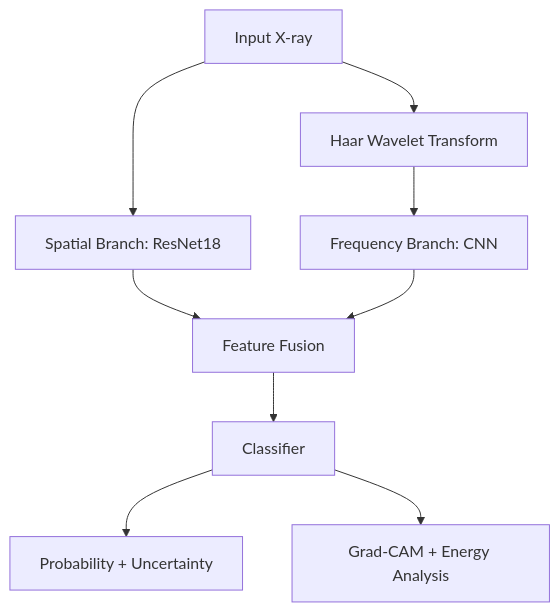
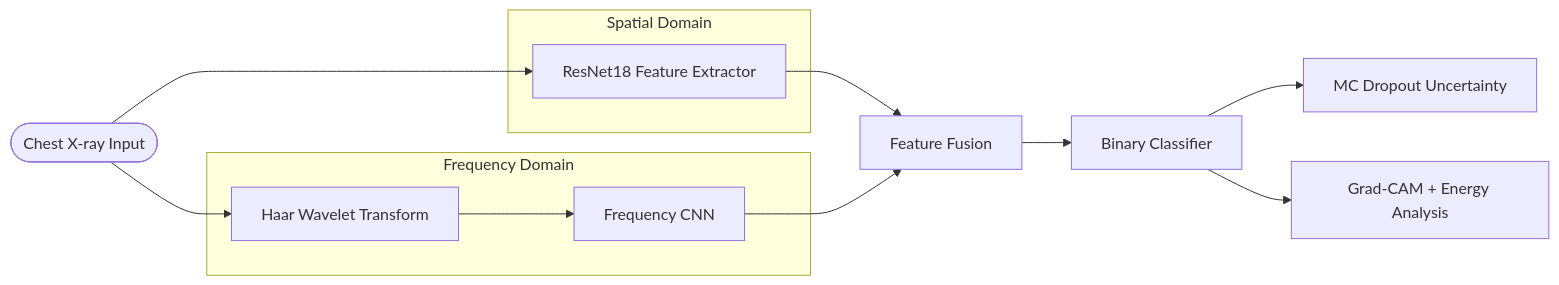
The diagram in README.md (Harshithpatali/haar-cxr-medical-ai), drawn with Mermaid before and after one commit. The commit also changed other lines of this file, not shown here.

````diff
--- a/README.md
+++ b/README.md
@@ -72,11 +39,28 @@
 ```mermaid
-graph TD
-    A[Input X-ray] --> B[Spatial Branch: ResNet18]
-    A --> C[Haar Wavelet Transform]
-    C --> D[Frequency Branch: CNN]
-    B --> E[Feature Fusion]
-    D --> E
-    E --> F[Classifier]
-    F --> G[Probability + Uncertainty]
-    F --> H[Grad-CAM + Energy Analysis]
+flowchart LR
+
+A([Chest X-ray Input])
+
+subgraph Spatial Domain
+B[ResNet18 Feature Extractor]
+end
+
+subgraph Frequency Domain
+C[Haar Wavelet Transform]
+D[Frequency CNN]
+end
+
+E[Feature Fusion]
+F[Binary Classifier]
+G[MC Dropout Uncertainty]
+H[Grad-CAM + Energy Analysis]
+
+A --> B
+A --> C
+C --> D
+B --> E
+D --> E
+E --> F
+F --> G
+F --> H
 ```
````
